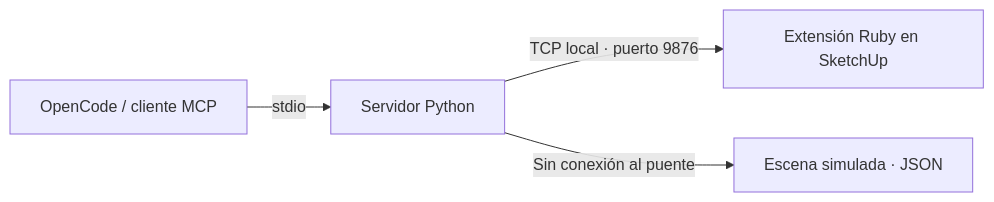
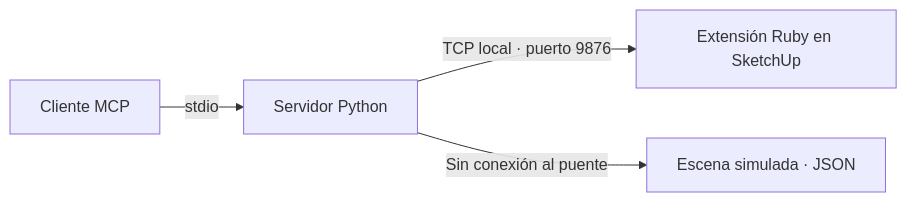
The diagram in README.md (camilin7483/mcp-sketchup-linux), drawn with Mermaid before and after one commit. The commit also changed other lines of this file, not shown here.

Commit message:
docs: explain compatibility with local MCP clients

````diff
--- a/README.md
+++ b/README.md
@@ -5,6 +5,6 @@
 ```mermaid
 flowchart LR
-    A["OpenCode / cliente MCP"] -->|stdio| B["Servidor Python"]
+    A["Cliente MCP"] -->|stdio| B["Servidor Python"]
     B -->|"TCP local · puerto 9876"| C["Extensión Ruby en SketchUp"]
     B -->|"Sin conexión al puente"| D["Escena simulada · JSON"]
 ```
````
